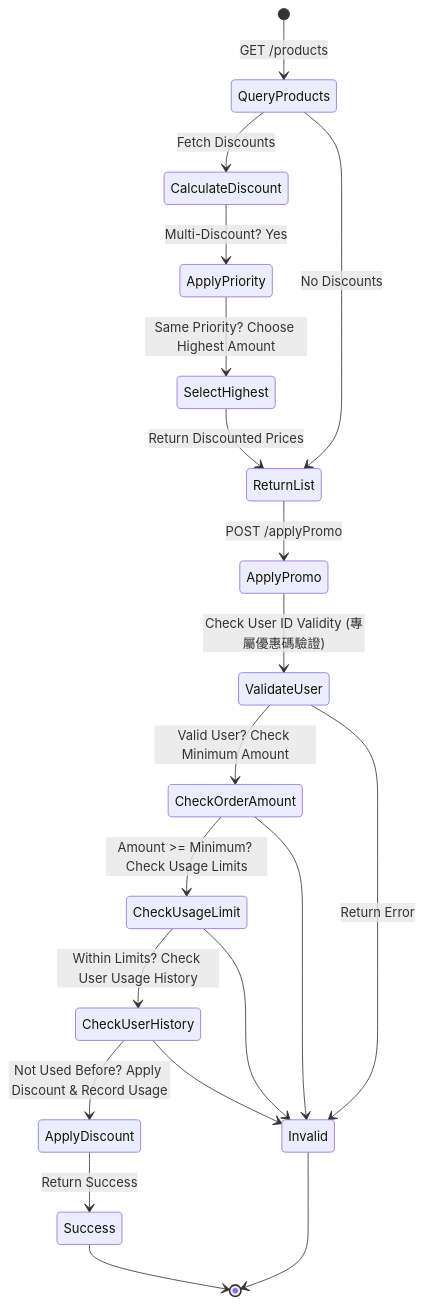
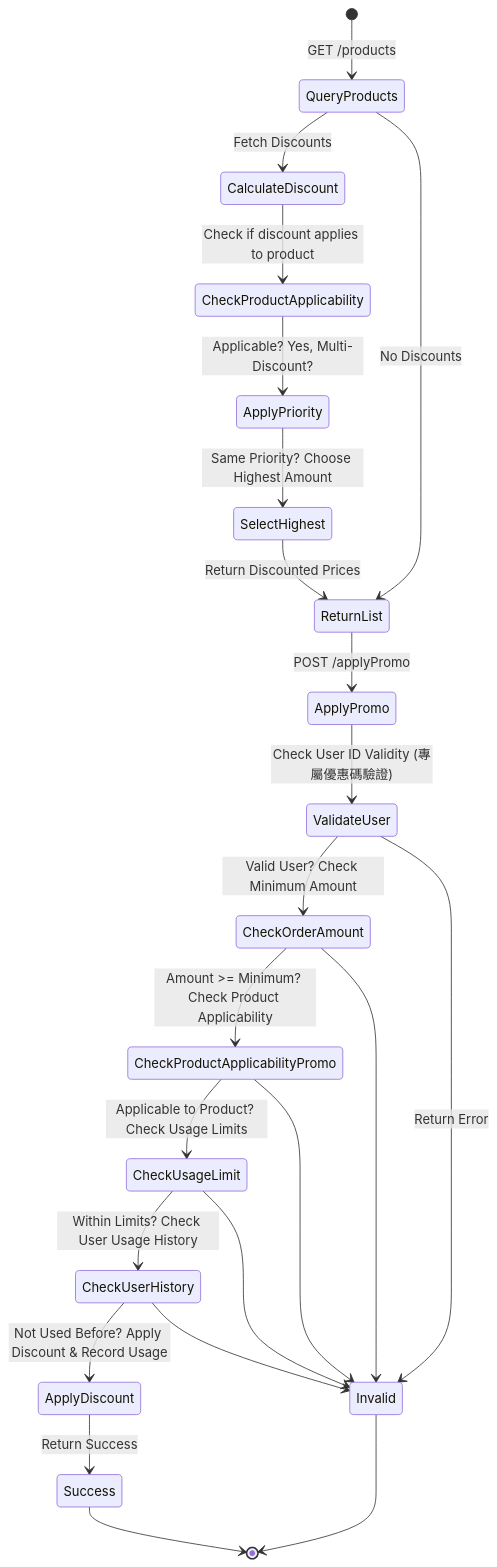
One commit to xxxhand/auto-billing-bot changed the fourth of 7 diagrams in docs/docs_0_7/billingBot_v0.7.1_system_design.markdown. Above: the diagram before and after it, drawn with Mermaid. The commit also changed other lines of this file and 19 other files, not shown here.

````diff
--- a/docs/docs_0_7/billingBot_v0.7.1_system_design.markdown
+++ b/docs/docs_0_7/billingBot_v0.7.1_system_design.markdown
@@ -477,23 +484,26 @@
 ```mermaid
 stateDiagram-v2
     [*] --> QueryProducts: GET /products
     QueryProducts --> CalculateDiscount: Fetch Discounts
-    CalculateDiscount --> ApplyPriority: Multi-Discount? Yes
+    CalculateDiscount --> CheckProductApplicability: Check if discount applies to product
+    CheckProductApplicability --> ApplyPriority: Applicable? Yes, Multi-Discount?
     ApplyPriority --> SelectHighest: Same Priority? Choose Highest Amount
     SelectHighest --> ReturnList: Return Discounted Prices
     QueryProducts --> ReturnList: No Discounts
 
     ReturnList --> ApplyPromo: POST /applyPromo
     ApplyPromo --> ValidateUser: Check User ID Validity (專屬優惠碼驗證)
     ValidateUser --> CheckOrderAmount: Valid User? Check Minimum Amount
-    CheckOrderAmount --> CheckUsageLimit: Amount >= Minimum? Check Usage Limits
+    CheckOrderAmount --> CheckProductApplicabilityPromo: Amount >= Minimum? Check Product Applicability
+    CheckProductApplicabilityPromo --> CheckUsageLimit: Applicable to Product? Check Usage Limits
     CheckUsageLimit --> CheckUserHistory: Within Limits? Check User Usage History
     CheckUserHistory --> ApplyDiscount: Not Used Before? Apply Discount & Record Usage
     ApplyDiscount --> Success: Return Success
     Success --> [*]
     ValidateUser --> Invalid: Return Error
     CheckOrderAmount --> Invalid
+    CheckProductApplicabilityPromo --> Invalid
     CheckUsageLimit --> Invalid
     CheckUserHistory --> Invalid
     Invalid --> [*]
 ```
````
